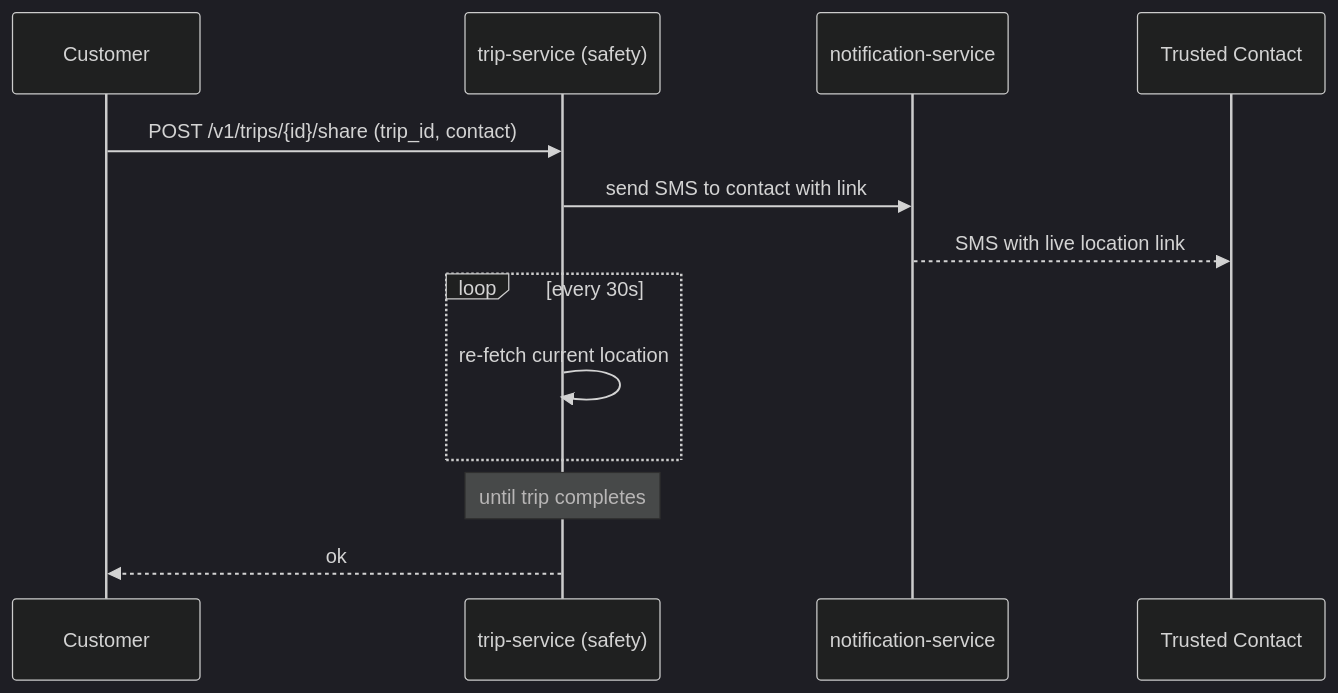
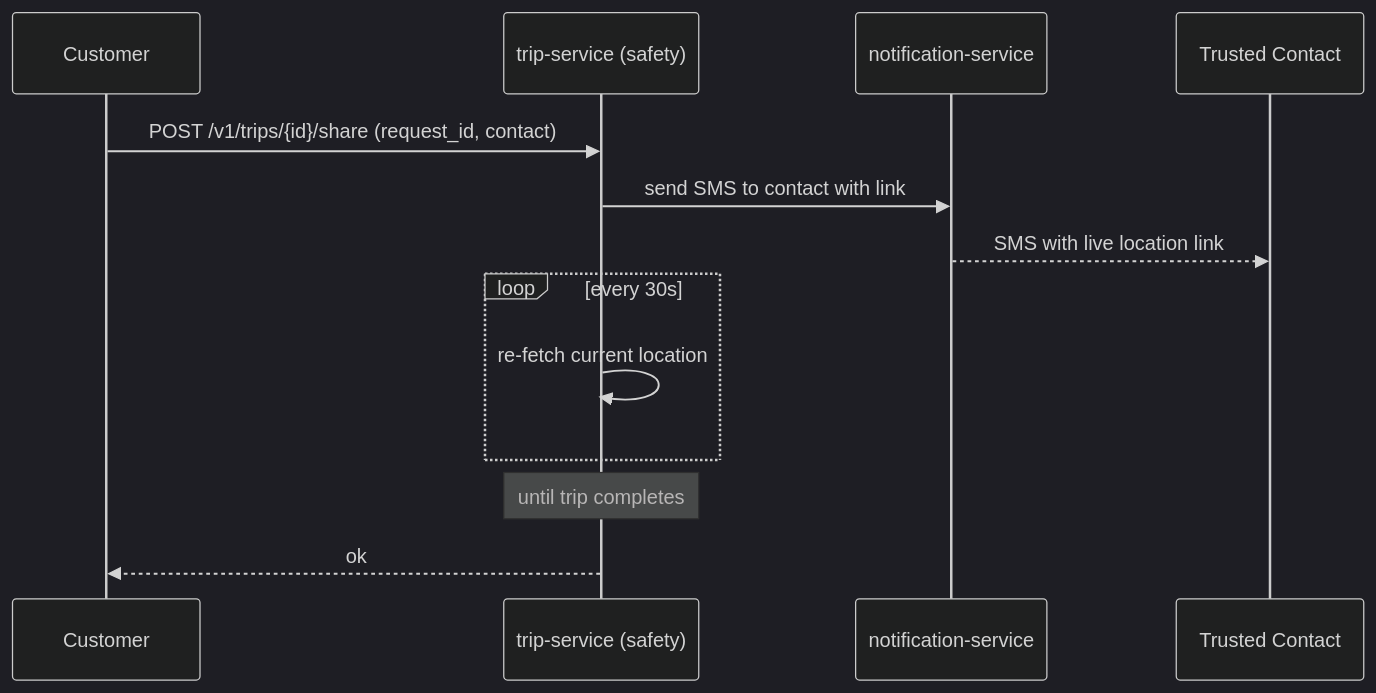
One commit to mohamedhabibwork/trips-enjoy-docs changed the third of 10 diagrams in docs/workflows/SAFETY_WORKFLOWS.md. Above: the diagram before and after it, drawn with Mermaid (dark theme). The commit also changed other lines of this file and 201 other files, not shown here.

````diff
--- a/docs/workflows/SAFETY_WORKFLOWS.md
+++ b/docs/workflows/SAFETY_WORKFLOWS.md
@@ -59,16 +68,16 @@
 ```mermaid
 sequenceDiagram
     participant C as Customer
     participant TR as trip-service (safety)
     participant NOT as notification-service
     participant TC as Trusted Contact
 
-    C->>TR: POST /v1/trips/{id}/share (trip_id, contact)
+    C->>TR: POST /v1/trips/{id}/share (request_id, contact)
     TR->>NOT: send SMS to contact with link
     NOT-->>TC: SMS with live location link
     loop every 30s
         TR->>TR: re-fetch current location
     end
     Note over TR: until trip completes
     TR-->>C: ok
 ```
````
